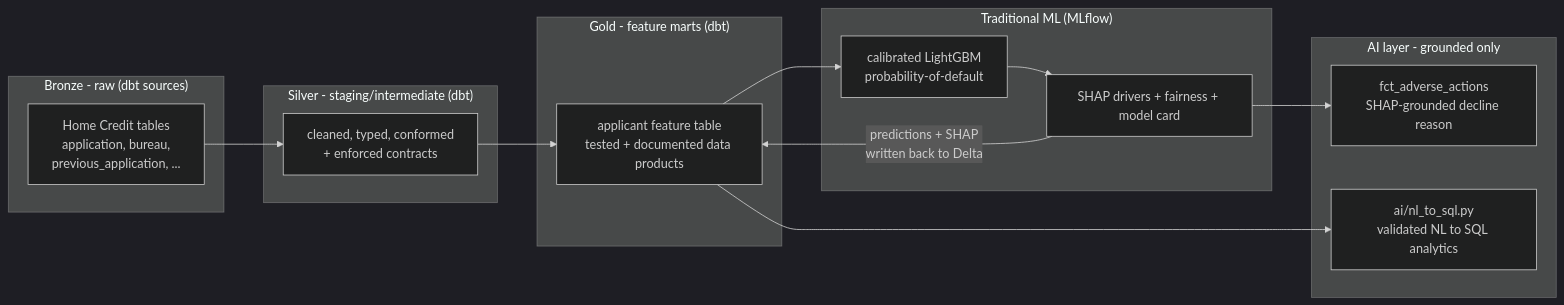
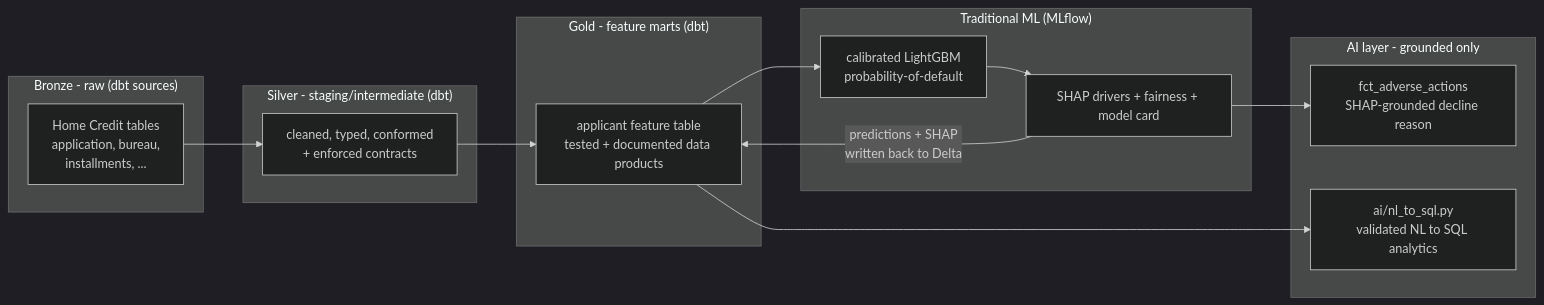
The diagram in README.md (ghoshp83/credit-decisioning-lakehouse), drawn with Mermaid (dark theme) before and after one commit.

Commit message:
Name a built source in the architecture diagram's bronze node
The mermaid bronze node listed previous_application, which has no staging model,
while omitting installments -- the source behind the incremental
fct_installment_payments fact. Swap it so the diagram names tables that actually
flow through the pipeline.

````diff
--- a/README.md
+++ b/README.md
@@ -29,25 +29,25 @@
 ```mermaid
 flowchart LR
     subgraph Bronze["Bronze - raw (dbt sources)"]
-        A[Home Credit tables<br/>application, bureau,<br/>previous_application, ...]
+        A[Home Credit tables<br/>application, bureau,<br/>installments, ...]
     end
     subgraph Silver["Silver - staging/intermediate (dbt)"]
         B[cleaned, typed, conformed<br/>+ enforced contracts]
     end
     subgraph Gold["Gold - feature marts (dbt)"]
         C[applicant feature table<br/>tested + documented data products]
     end
     subgraph ML["Traditional ML (MLflow)"]
         D[calibrated LightGBM<br/>probability-of-default]
         E[SHAP drivers + fairness + model card]
     end
     subgraph AI["AI layer - grounded only"]
         F[fct_adverse_actions<br/>SHAP-grounded decline reason]
         G[ai/nl_to_sql.py<br/>validated NL to SQL analytics]
     end
 
     A --> B --> C --> D --> E
     E -- predictions + SHAP<br/>written back to Delta --> C
     C --> G
     E --> F
 ```
````
